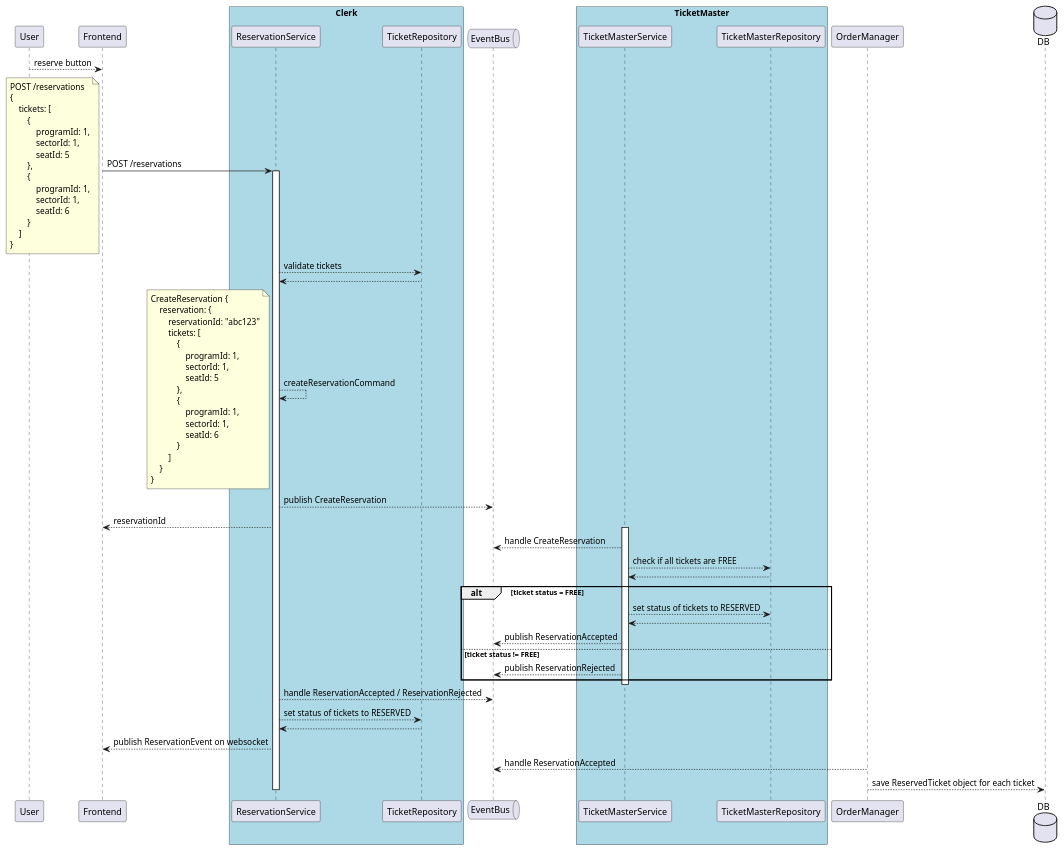
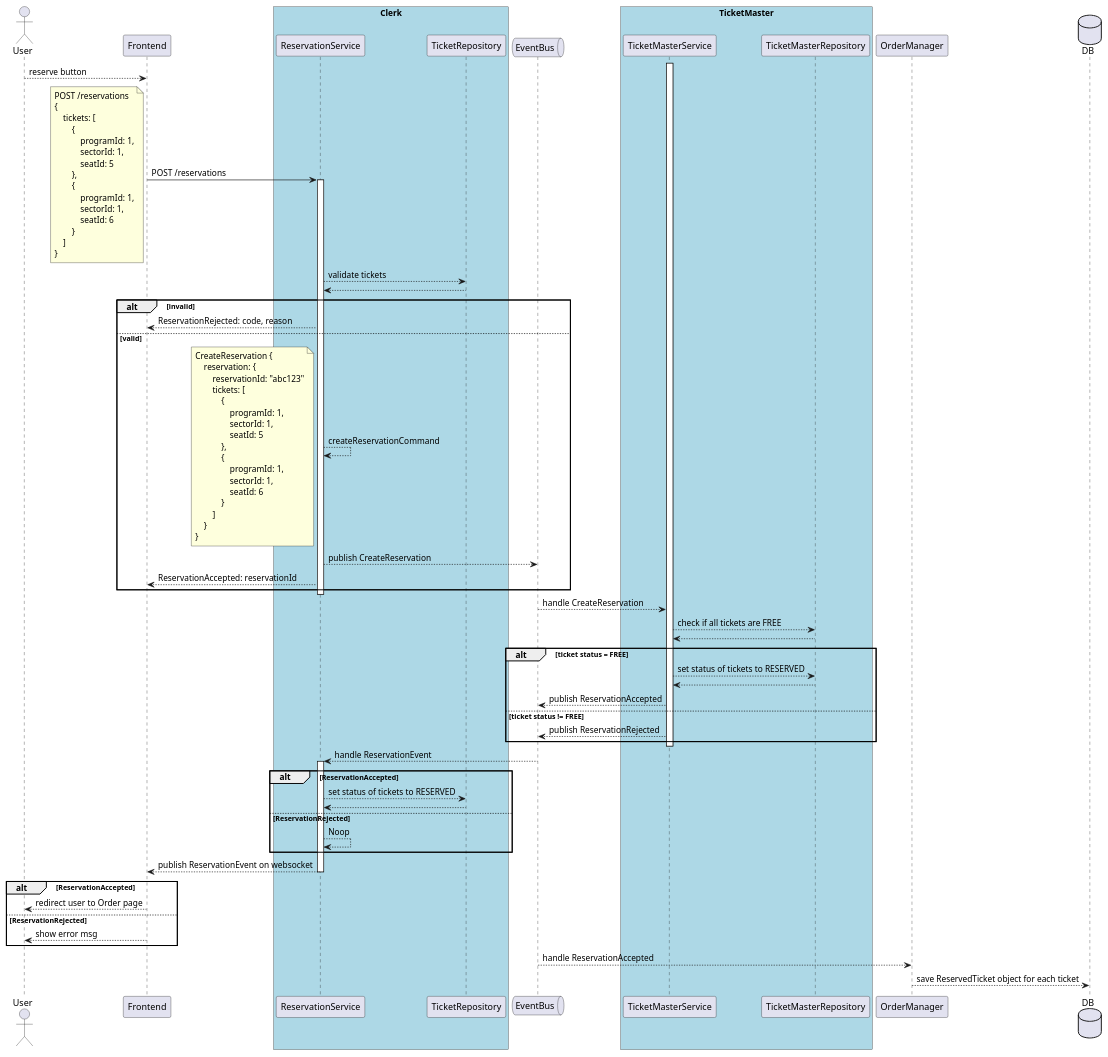
Before and after one commit to microservicesteam/project-adele: the diagram in design/ReservationSequence.puml, drawn with PlantUML.

Commit message:
Issue-53 Fix error cases

```diff
--- a/design/ReservationSequence.puml
+++ b/design/ReservationSequence.puml
@@ -1,88 +1,102 @@
 @startuml
-participant User
+actor User
 participant Frontend
 box "Clerk" #LightBlue
 participant ReservationService
 participant TicketRepository
 end box
 queue EventBus
 box "TicketMaster" #LightBlue
 participant TicketMasterService
 participant TicketMasterRepository
 end box
 participant OrderManager
 database DB
 
 User --> Frontend: reserve button
 Frontend -> ReservationService: POST /reservations
 
 note left
     POST /reservations
     {
         tickets: [
             {
                 programId: 1,
                 sectorId: 1,
                 seatId: 5
             },
             {
                 programId: 1,
                 sectorId: 1,
                 seatId: 6
             }
         ]
     }
 end note
 
 activate ReservationService
     ReservationService --> TicketRepository: validate tickets
     ReservationService <-- TicketRepository
-    ReservationService --> ReservationService: createReservationCommand
-    note left
-        CreateReservation {
-            reservation: {
-                reservationId: "abc123"
-                tickets: [
-                    {
-                        programId: 1,
-                        sectorId: 1,
-                        seatId: 5
-                    },
-                    {
-                        programId: 1,
-                        sectorId: 1,
-                        seatId: 6
-                    }
-                ]
+    alt invalid
+        ReservationService --> Frontend: ReservationRejected: code, reason
+    else valid
+        ReservationService --> ReservationService: createReservationCommand
+        note left
+            CreateReservation {
+                reservation: {
+                    reservationId: "abc123"
+                    tickets: [
+                        {
+                            programId: 1,
+                            sectorId: 1,
+                            seatId: 5
+                        },
+                        {
+                            programId: 1,
+                            sectorId: 1,
+                            seatId: 6
+                        }
+                    ]
+                }
             }
-        }
-    end note
-    ReservationService --> EventBus: publish CreateReservation
-    ReservationService --> Frontend: reservationId
+        end note
+        ReservationService --> EventBus: publish CreateReservation
+        ReservationService --> Frontend: ReservationAccepted: reservationId
+    end
+deactivate ReservationService
 
-    activate TicketMasterService
-        EventBus <-- TicketMasterService: handle CreateReservation
+activate TicketMasterService
+    EventBus --> TicketMasterService: handle CreateReservation
 
-        TicketMasterService --> TicketMasterRepository: check if all tickets are FREE
-        TicketMasterService <-- TicketMasterRepository
+    TicketMasterService --> TicketMasterRepository: check if all tickets are FREE
+    TicketMasterService <-- TicketMasterRepository
 
-        alt ticket status = FREE
-            TicketMasterService --> TicketMasterRepository: set status of tickets to RESERVED
-            TicketMasterService <-- TicketMasterRepository:
-            EventBus <-- TicketMasterService: publish ReservationAccepted
-        else ticket status != FREE
-            EventBus <-- TicketMasterService: publish ReservationRejected
-        end
-    deactivate TicketMasterService
+    alt ticket status = FREE
+        TicketMasterService --> TicketMasterRepository: set status of tickets to RESERVED
+        TicketMasterService <-- TicketMasterRepository:
+        EventBus <-- TicketMasterService: publish ReservationAccepted
+    else ticket status != FREE
+        EventBus <-- TicketMasterService: publish ReservationRejected
+    end
+deactivate TicketMasterService
 
-    ReservationService --> EventBus: handle ReservationAccepted / ReservationRejected
-    ReservationService --> TicketRepository: set status of tickets to RESERVED
-    ReservationService <-- TicketRepository
+ReservationService <-- EventBus: handle ReservationEvent
+activate ReservationService
+    alt ReservationAccepted
+        ReservationService --> TicketRepository: set status of tickets to RESERVED
+        ReservationService <-- TicketRepository
+    else ReservationRejected
+        ReservationService --> ReservationService: Noop
+    end
     Frontend <-- ReservationService: publish ReservationEvent on websocket
+deactivate ReservationService
 
-    EventBus <-- OrderManager: handle ReservationAccepted
+    alt ReservationAccepted
+        Frontend --> User: redirect user to Order page
+    else ReservationRejected
+        Frontend --> User: show error msg
+    end
+    EventBus --> OrderManager: handle ReservationAccepted
     OrderManager --> DB: save ReservedTicket object for each ticket
 
-deactivate ReservationService
-
 @enduml
```
